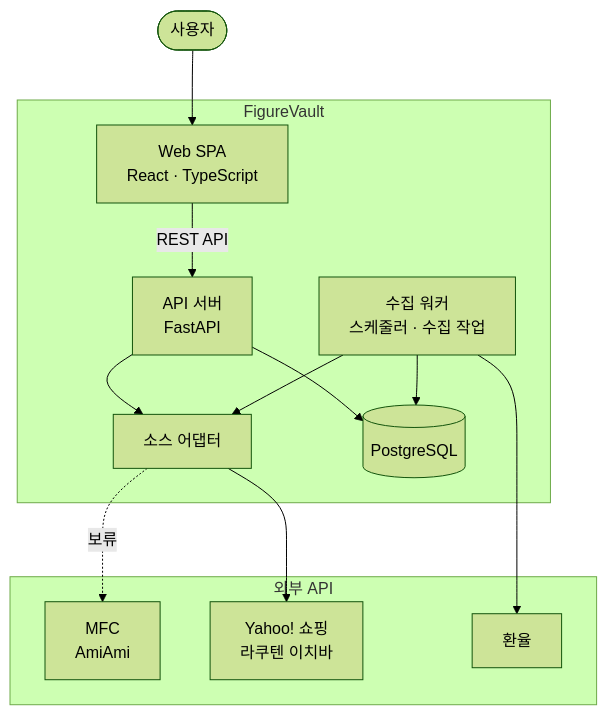
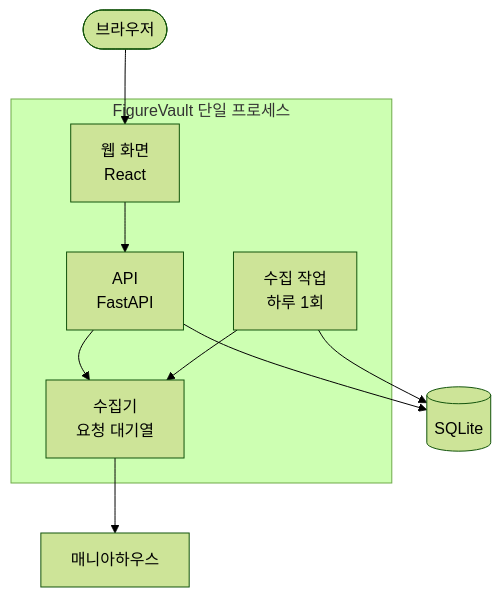
Before and after one commit to JAEJUN0124/figure-project: the diagram in README.md, drawn with Mermaid (forest theme). The commit also changed other lines of this file and 7 other files, not shown here.

````diff
--- a/README.md
+++ b/README.md
@@ -144,27 +141,18 @@
 ```mermaid
 flowchart TB
-    user([사용자]) --> web
+    user([브라우저]) --> web
 
-    subgraph system["FigureVault"]
-        web["Web SPA<br/>React · TypeScript"]
-        api["API 서버<br/>FastAPI"]
-        worker["수집 워커<br/>스케줄러 · 수집 작업"]
-        adapters["소스 어댑터"]
-        db[("PostgreSQL")]
+    subgraph app["FigureVault 단일 프로세스"]
+        web["웹 화면<br/>React"]
+        api["API<br/>FastAPI"]
+        job["수집 작업<br/>하루 1회"]
+        fetcher["수집기<br/>요청 대기열"]
     end
 
-    subgraph external["외부 API"]
-        optional["MFC<br/>AmiAmi"]
-        shops["Yahoo! 쇼핑<br/>라쿠텐 이치바"]
-        fx["환율"]
-    end
-
-    web -->|REST API| api
-    api --> db
-    api --> adapters
-    worker --> db
-    worker --> adapters
-    worker --> fx
-    adapters -.->|보류| optional
-    adapters --> shops
+    web --> api
+    api --> fetcher
+    job --> fetcher
+    api --> db[("SQLite")]
+    job --> db
+    fetcher --> shop["매니아하우스"]
 ```
````
